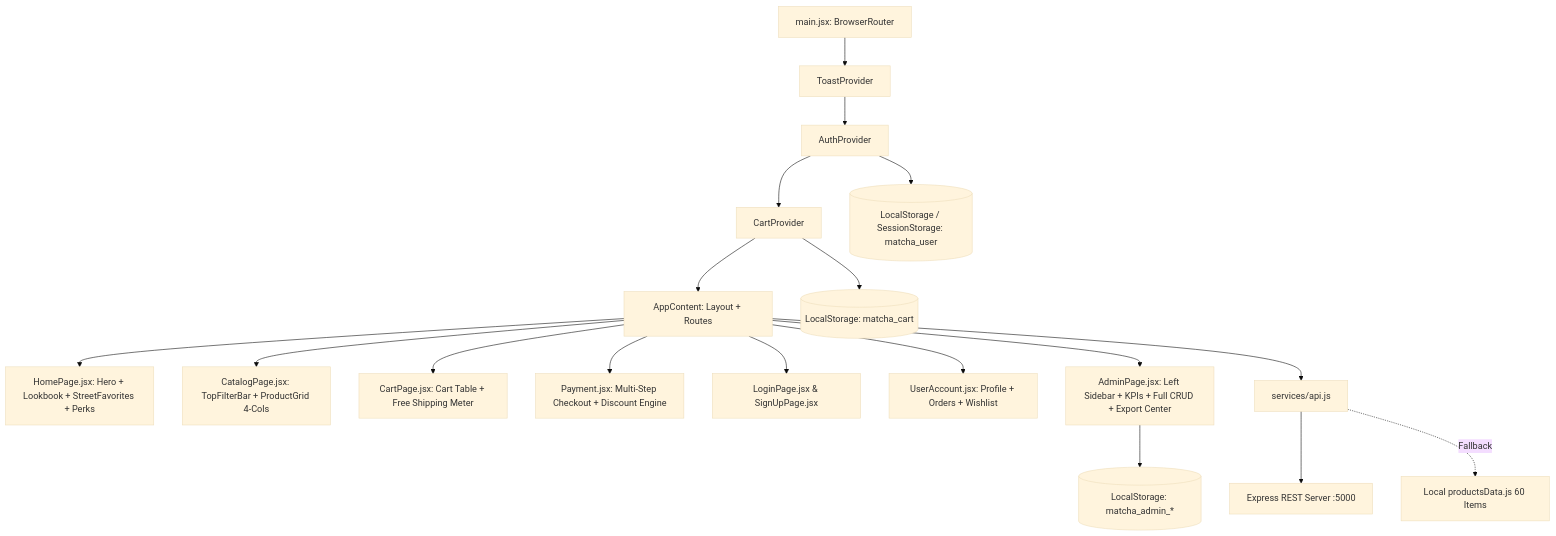
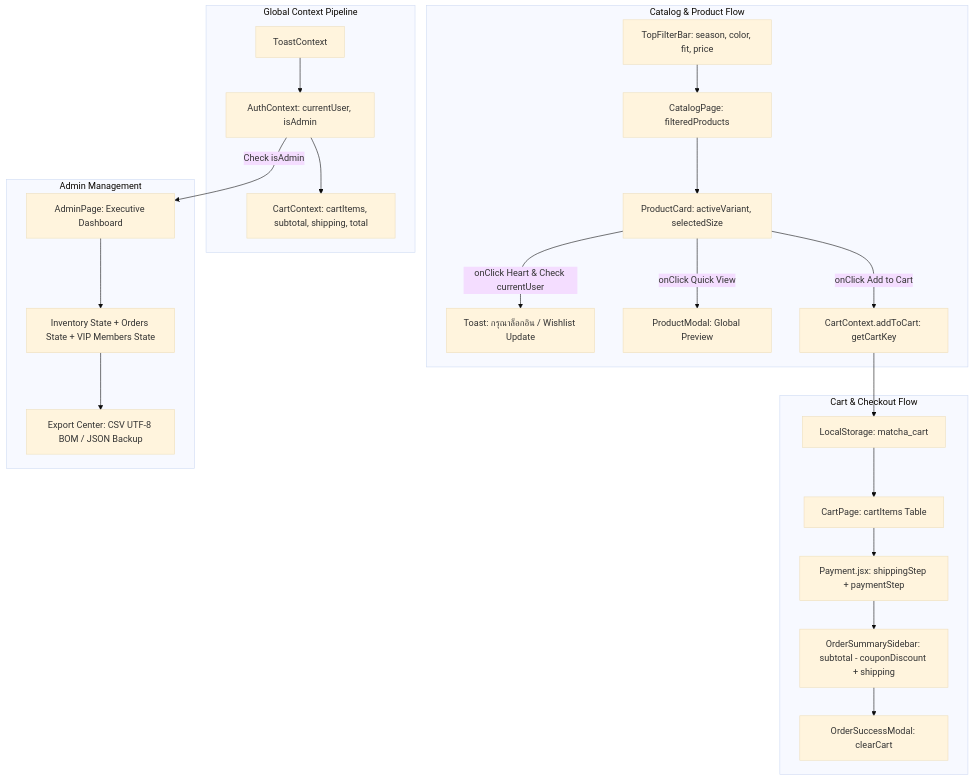
One commit to Jakkapon-Dev/MATCHA changed the diagram in Alldata.md. Above: the diagram before and after it, drawn with Mermaid (base theme). The commit also changed other lines of this file, not shown here.

Commit message:
docs: expand Alldata.md into Master Blueprint with full code blocks, variable traceability tables, and flow diagrams

````diff
--- a/Alldata.md
+++ b/Alldata.md
@@ -27,22 +27,29 @@
 ```mermaid
 graph TD
-    A[main.jsx: BrowserRouter] --> B[ToastProvider]
-    B --> C[AuthProvider]
-    C --> D[CartProvider]
-    D --> E[AppContent: Layout + Routes]
-    
-    E --> F1[HomePage.jsx: Hero + Lookbook + StreetFavorites + Perks]
-    E --> F2[CatalogPage.jsx: TopFilterBar + ProductGrid 4-Cols]
-    E --> F3[CartPage.jsx: Cart Table + Free Shipping Meter]
-    E --> F4[Payment.jsx: Multi-Step Checkout + Discount Engine]
-    E --> F5[LoginPage.jsx & SignUpPage.jsx]
-    E --> F6[UserAccount.jsx: Profile + Orders + Wishlist]
-    E --> F7[AdminPage.jsx: Left Sidebar + KPIs + Full CRUD + Export Center]
-    
-    D --> G[(LocalStorage: matcha_cart)]
-    C --> H[(LocalStorage / SessionStorage: matcha_user)]
-    F7 --> I[(LocalStorage: matcha_admin_*)]
-    E --> J[services/api.js]
-    J --> K[Express REST Server :5000]
-    J -.Fallback.-> L[Local productsData.js 60 Items]
+    subgraph Global Context Pipeline
+        A[ToastContext] --> B[AuthContext: currentUser, isAdmin]
+        B --> C[CartContext: cartItems, subtotal, shipping, total]
+    end
+
+    subgraph Catalog & Product Flow
+        D[TopFilterBar: season, color, fit, price] --> E[CatalogPage: filteredProducts]
+        E --> F[ProductCard: activeVariant, selectedSize]
+        F -->|onClick Heart & Check currentUser| G[Toast: กรุณาล็อกอิน / Wishlist Update]
+        F -->|onClick Quick View| H[ProductModal: Global Preview]
+        F -->|onClick Add to Cart| I[CartContext.addToCart: getCartKey]
+    end
+
+    subgraph Cart & Checkout Flow
+        I --> J[LocalStorage: matcha_cart]
+        J --> K[CartPage: cartItems Table]
+        K --> L[Payment.jsx: shippingStep + paymentStep]
+        L --> M[OrderSummarySidebar: subtotal - couponDiscount + shipping]
+        M --> N[OrderSuccessModal: clearCart]
+    end
+
+    subgraph Admin Management
+        B -->|Check isAdmin| O[AdminPage: Executive Dashboard]
+        O --> P[Inventory State + Orders State + VIP Members State]
+        P --> Q[Export Center: CSV UTF-8 BOM / JSON Backup]
+    end
 ```
````
